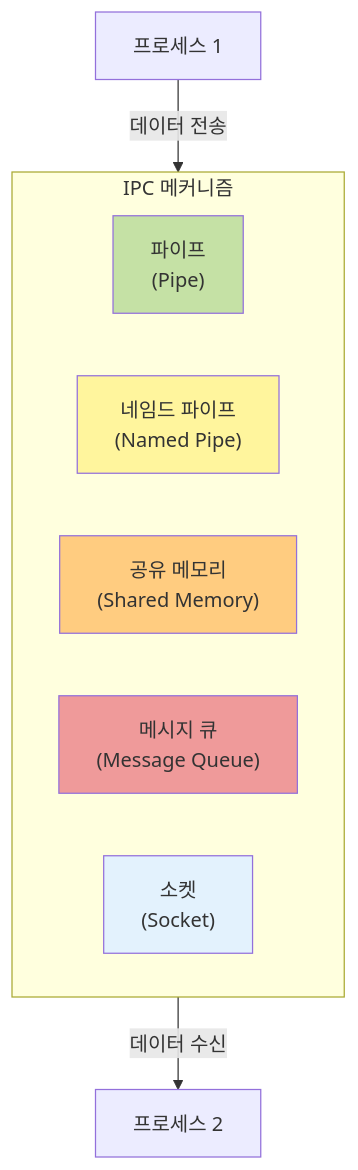
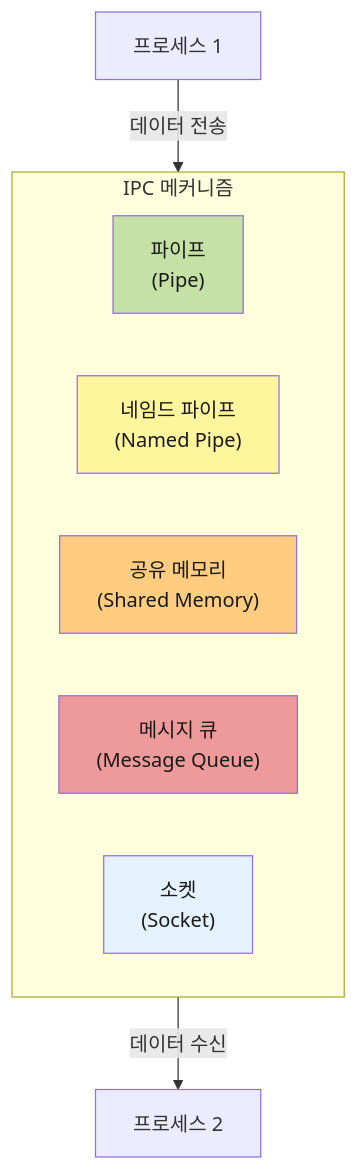
The sixth of 22 diagrams in apps/devblog/content/posts/operating-system.mdx (Cllaude99/cllaude99_labs), drawn with Mermaid before and after one commit. The commit also changed other lines of this file, not shown here.

First line of the commit message:
fix: 다크 모드에서 머메이드 다이어그램의 텍스트 색상 추가

````diff
--- a/apps/devblog/content/posts/operating-system.mdx
+++ b/apps/devblog/content/posts/operating-system.mdx
@@ -209,19 +209,19 @@
 ```mermaid
 graph TB
     subgraph IPC["IPC 메커니즘"]
         Pipe["파이프<br/>(Pipe)"]
         NamedPipe["네임드 파이프<br/>(Named Pipe)"]
         SharedMemory["공유 메모리<br/>(Shared Memory)"]
         MessageQueue["메시지 큐<br/>(Message Queue)"]
         Socket["소켓<br/>(Socket)"]
     end
 
     P1["프로세스 1"] -->|데이터 전송| IPC
     IPC -->|데이터 수신| P2["프로세스 2"]
 
-    style Pipe fill:#c5e1a5
-    style NamedPipe fill:#fff59d
-    style SharedMemory fill:#ffcc80
-    style MessageQueue fill:#ef9a9a
-    style Socket fill:#e3f2fd
+    style Pipe fill:#c5e1a5,color:#1a1a1a
+    style NamedPipe fill:#fff59d,color:#1a1a1a
+    style SharedMemory fill:#ffcc80,color:#1a1a1a
+    style MessageQueue fill:#ef9a9a,color:#1a1a1a
+    style Socket fill:#e3f2fd,color:#1a1a1a
 ```
````
